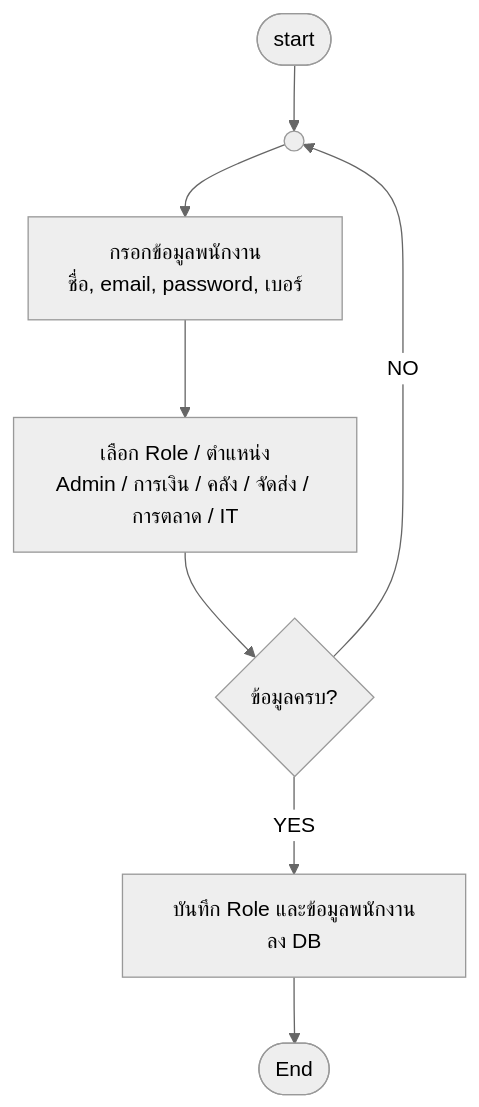
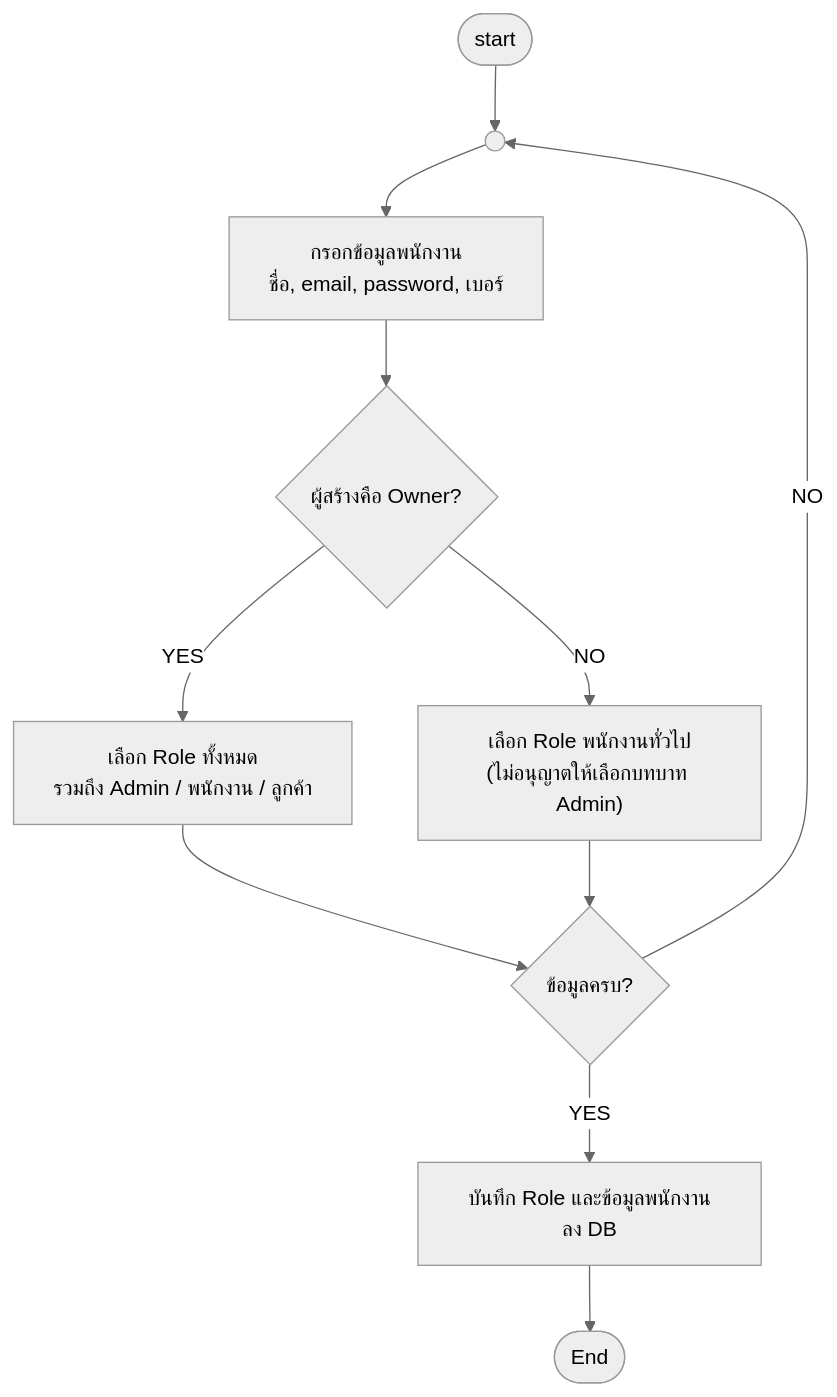
One commit to doraemon-kub/CSI402_Project-final changed diagram 13 of 18 in README.md. Above: the diagram before and after it, drawn with Mermaid (neutral theme). The commit also changed other lines of this file and 2 other files, not shown here.

Commit message:
feat: restrict Admin role creation and modification to Owner only

````diff
--- a/README.md
+++ b/README.md
@@ -330,10 +330,13 @@
 ```mermaid
 flowchart TD
     Start([start]) --> ConnAddUser(( ))
     ConnAddUser --> InputStaffInfo["กรอกข้อมูลพนักงาน\nชื่อ, email, password, เบอร์"]
-    InputStaffInfo --> SelectRole["เลือก Role / ตำแหน่ง\nAdmin / การเงิน / คลัง / จัดส่ง / การตลาด / IT"]
-    SelectRole --> CheckUserComplete{ข้อมูลครบ?}
+    InputStaffInfo --> CheckCreatorRole{ผู้สร้างคือ Owner?}
+    CheckCreatorRole -- YES --> SelectAllRole["เลือก Role ทั้งหมด\nรวมถึง Admin / พนักงาน / ลูกค้า"]
+    CheckCreatorRole -- NO --> SelectStaffRole["เลือก Role พนักงานทั่วไป\n(ไม่อนุญาตให้เลือกบทบาท Admin)"]
+    SelectAllRole --> CheckUserComplete{ข้อมูลครบ?}
+    SelectStaffRole --> CheckUserComplete
     CheckUserComplete -- NO --> ConnAddUser
     CheckUserComplete -- YES --> SaveRoleDB["บันทึก Role และข้อมูลพนักงานลง DB"]
     SaveRoleDB --> End([End])
 ```
````
